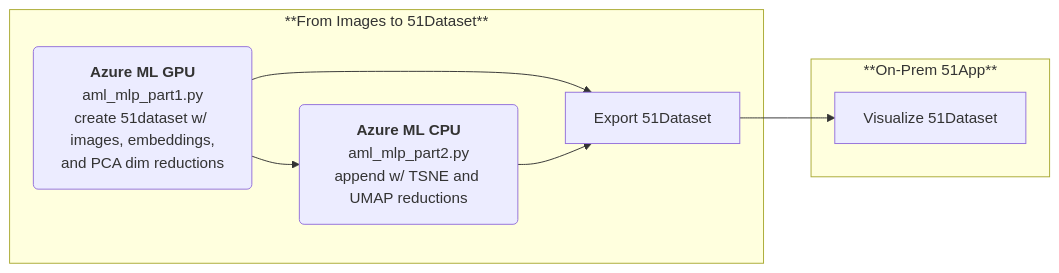
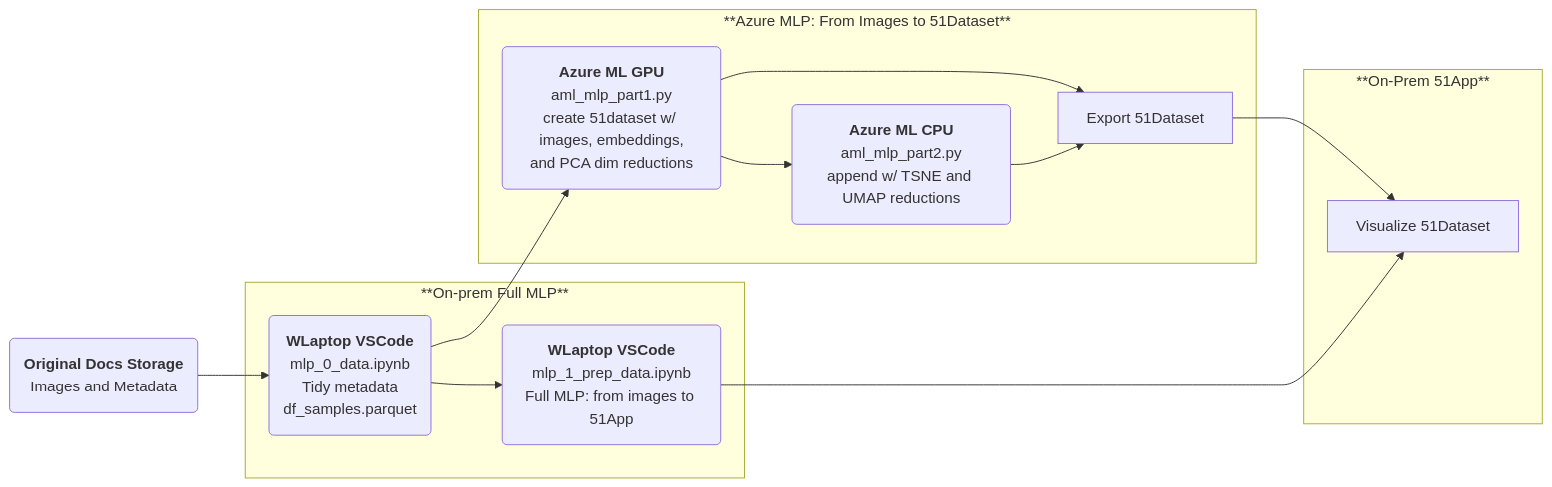
The second of 2 diagrams in README.md (anyaconda/myFiftyoneComputerVision), drawn with Mermaid before and after one commit. The commit also changed other lines of this file, not shown here.

Commit message:
Update README.md - updated mermaid diagram

````diff
--- a/README.md
+++ b/README.md
@@ -40,23 +40,50 @@
 ```mermaid
 
   flowchart LR
-    subgraph "**From Images to 51Dataset**"
+    a11("`**Original Docs Storage**
+    Images and Metadata`") --> a12("`**WLaptop VSCode**
+    mlp_0_data.ipynb
+    Tidy metadata
+    df_samples.parquet`")
+
+   a12("`**WLaptop VSCode**
+    mlp_0_data.ipynb
+    Tidy metadata
+    df_samples.parquet`") --> b1("`**Azure ML GPU**
+      aml_mlp_part1.py
+      create 51dataset w/ images, embeddings,
+      and PCA dim reductions`")
+
+            
+    subgraph "**On-prem Full MLP**"
+      a12("`**WLaptop VSCode**
+      mlp_0_data.ipynb
+      Tidy metadata
+      df_samples.parquet`") --> a13("`**WLaptop VSCode**
+      mlp_1_prep_data.ipynb
+      Full MLP: from images to 51App`")
+    end
+
+    subgraph "**Azure MLP: From Images to 51Dataset**"
       b1("`**Azure ML GPU**
       aml_mlp_part1.py
       create 51dataset w/ images, embeddings,
       and PCA dim reductions`") --> b2("`**Azure ML CPU**
       aml_mlp_part2.py
       append w/ TSNE and UMAP reductions`")
       b1("`**Azure ML GPU**
       aml_mlp_part1.py
       create 51dataset w/ images, embeddings,
       and PCA dim reductions`") --> b3[Export 51Dataset]
       b2("`**Azure ML CPU**
       aml_mlp_part2.py
       append w/ TSNE and UMAP reductions`") --> b3[Export 51Dataset]
     end
 
     subgraph "**On-Prem 51App**"
       b3[Export 51Dataset] --> c1[Visualize 51Dataset]
+      a13("`**WLaptop VSCode**
+      mlp_1_prep_data.ipynb
+      Full MLP: from images to 51App`")  --> c1[Visualize 51Dataset]
     end
 ```
````
